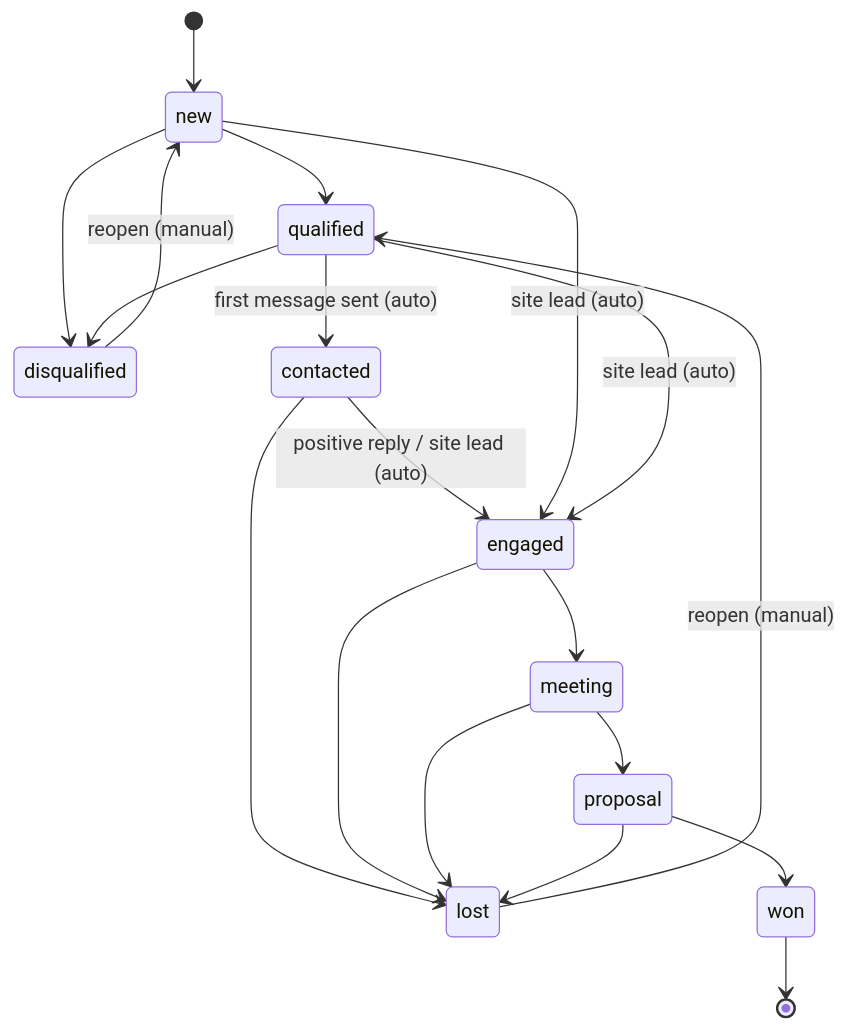
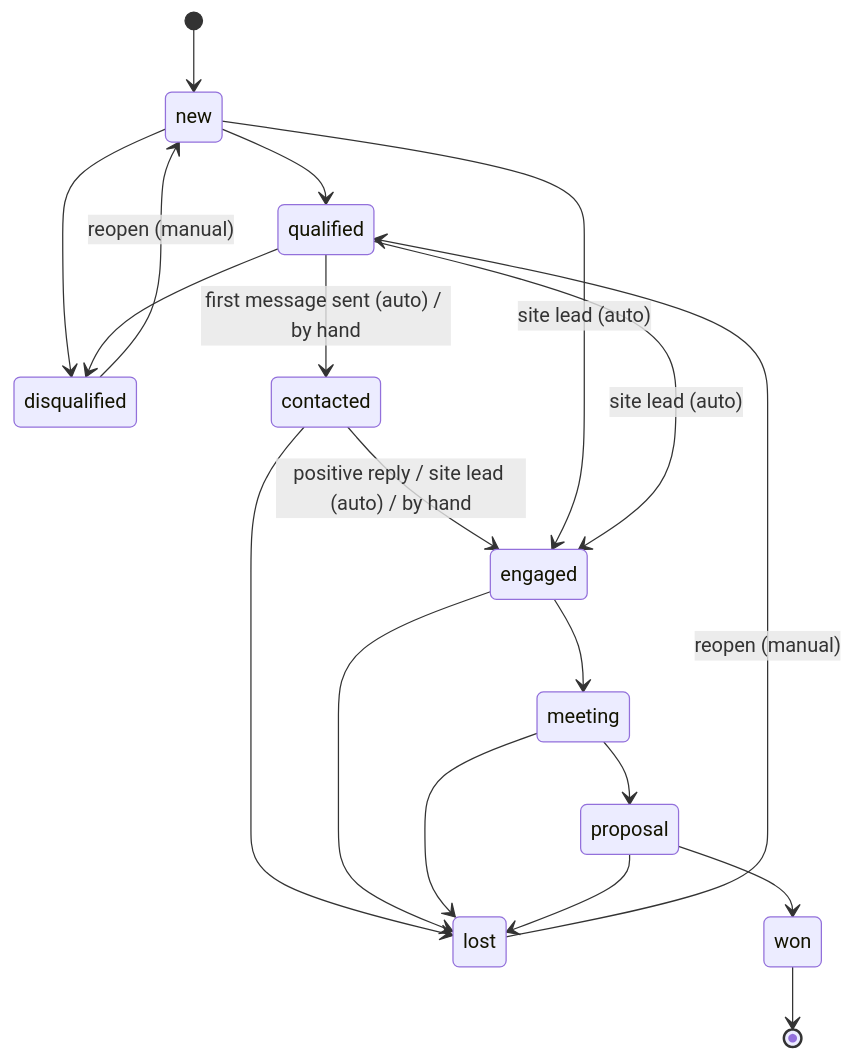
The first of 7 diagrams in docs/DOMAIN.md (khanakhun/business-finder), drawn with Mermaid before and after one commit. The commit also changed other lines of this file and 1 other file, not shown here.

Commit message:
docs(crm): document the business page and crm basics (BF-024)

````diff
--- a/docs/DOMAIN.md
+++ b/docs/DOMAIN.md
@@ -84,21 +84,21 @@
 ```mermaid
 stateDiagram-v2
   [*] --> new
   new --> qualified
   new --> disqualified
-  qualified --> contacted : first message sent (auto)
+  qualified --> contacted : first message sent (auto) / by hand
   qualified --> disqualified
-  contacted --> engaged : positive reply / site lead (auto)
+  contacted --> engaged : positive reply / site lead (auto) / by hand
   new --> engaged : site lead (auto)
   qualified --> engaged : site lead (auto)
   contacted --> lost
   engaged --> meeting
   engaged --> lost
   meeting --> proposal
   meeting --> lost
   proposal --> won
   proposal --> lost
   lost --> qualified : reopen (manual)
   disqualified --> new : reopen (manual)
   won --> [*]
 ```
````
